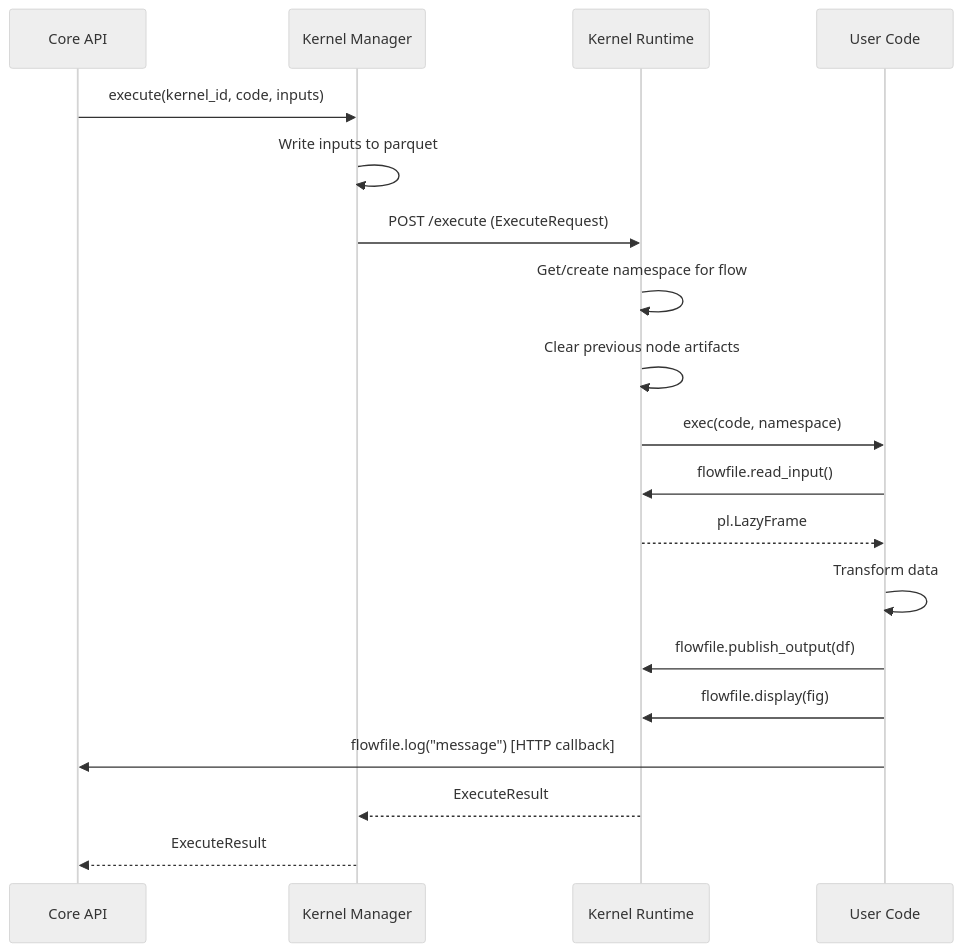
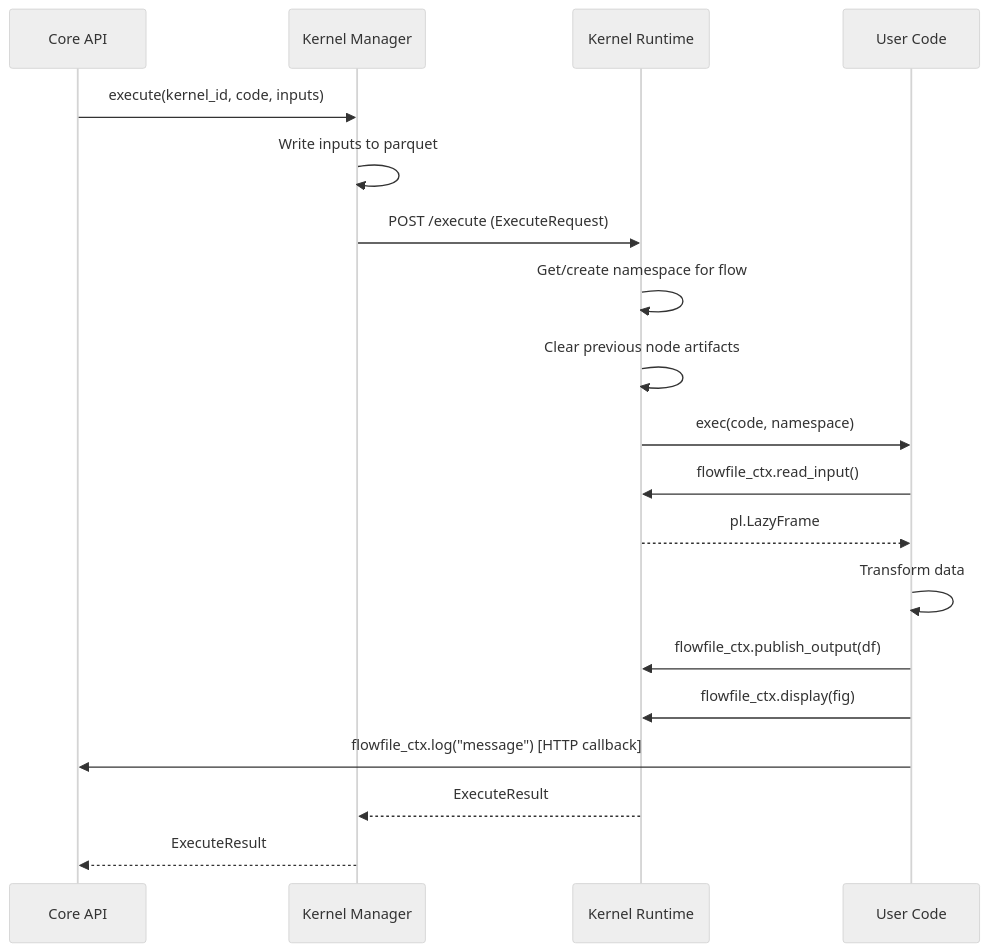
Before and after one commit to Edwardvaneechoud/Flowfile: the second of 2 diagrams in docs/for-developers/kernel-architecture.md, drawn with Mermaid (neutral theme). The commit also changed 21 other files, not shown here.

Commit message:
Migrate flowfile to flowfile_ctx

````diff
--- a/docs/for-developers/kernel-architecture.md
+++ b/docs/for-developers/kernel-architecture.md
@@ -109,22 +109,22 @@
 ```mermaid
 sequenceDiagram
     participant Core as Core API
     participant Manager as Kernel Manager
     participant Runtime as Kernel Runtime
     participant Code as User Code
 
     Core->>Manager: execute(kernel_id, code, inputs)
     Manager->>Manager: Write inputs to parquet
     Manager->>Runtime: POST /execute (ExecuteRequest)
     Runtime->>Runtime: Get/create namespace for flow
     Runtime->>Runtime: Clear previous node artifacts
     Runtime->>Code: exec(code, namespace)
-    Code->>Runtime: flowfile.read_input()
+    Code->>Runtime: flowfile_ctx.read_input()
     Runtime-->>Code: pl.LazyFrame
     Code->>Code: Transform data
-    Code->>Runtime: flowfile.publish_output(df)
-    Code->>Runtime: flowfile.display(fig)
-    Code->>Core: flowfile.log("message") [HTTP callback]
+    Code->>Runtime: flowfile_ctx.publish_output(df)
+    Code->>Runtime: flowfile_ctx.display(fig)
+    Code->>Core: flowfile_ctx.log("message") [HTTP callback]
     Runtime-->>Manager: ExecuteResult
     Manager-->>Core: ExecuteResult
 ```
````
